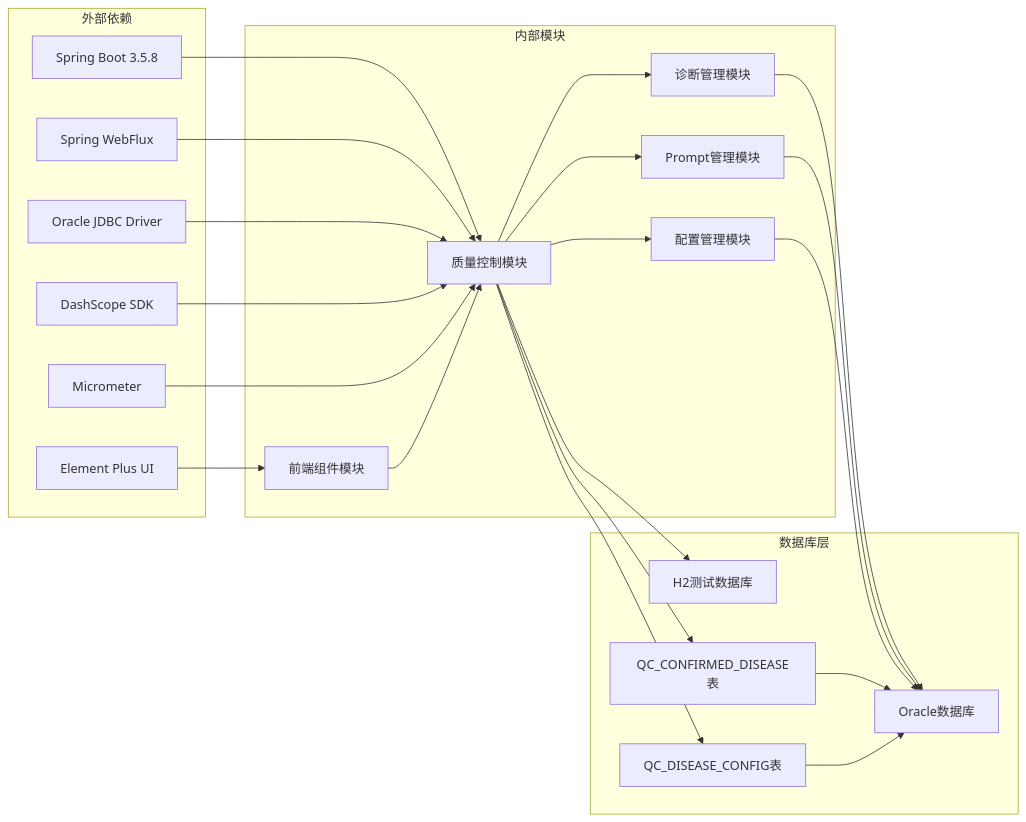
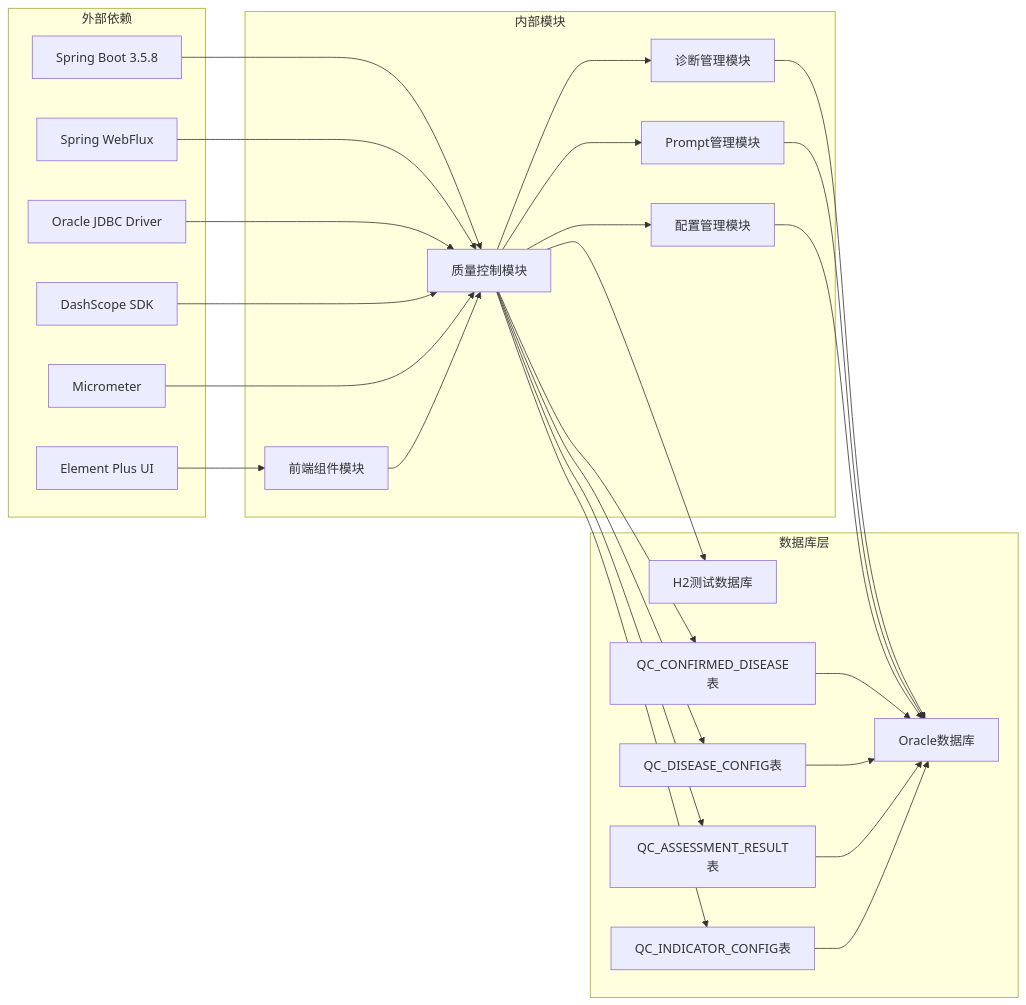
Diagram 14 of 15 in .qoder/repowiki/zh/content/核心功能模块/质量控制系统.md (liuzh2008/med_ai_assistant_workspace), drawn with Mermaid before and after one commit. The commit also changed other lines of this file and 5 other files, not shown here.

````diff
--- a/.qoder/repowiki/zh/content/核心功能模块/质量控制系统.md
+++ b/.qoder/repowiki/zh/content/核心功能模块/质量控制系统.md
@@ -460,42 +638,48 @@
 ```mermaid
 graph LR
 subgraph "外部依赖"
 A[Spring Boot 3.5.8]
 B[Spring WebFlux]
 C[Oracle JDBC Driver]
 D[DashScope SDK]
 E[Micrometer]
 F[Element Plus UI]
 end
 subgraph "内部模块"
 G[质量控制模块]
 H[诊断管理模块]
 I[Prompt管理模块]
 J[配置管理模块]
 K[前端组件模块]
 end
 subgraph "数据库层"
 L[Oracle数据库]
 M[H2测试数据库]
 N[QC_CONFIRMED_DISEASE表]
 O[QC_DISEASE_CONFIG表]
+P[QC_ASSESSMENT_RESULT表]
+Q[QC_INDICATOR_CONFIG表]
 end
 A --> G
 B --> G
 C --> G
 D --> G
 E --> G
 F --> K
 G --> H
 G --> I
 G --> J
 H --> L
 I --> L
 J --> L
 K --> G
 G --> N
 G --> O
+G --> P
+G --> Q
 N --> L
 O --> L
+P --> L
+Q --> L
 G --> M
 ```
````
